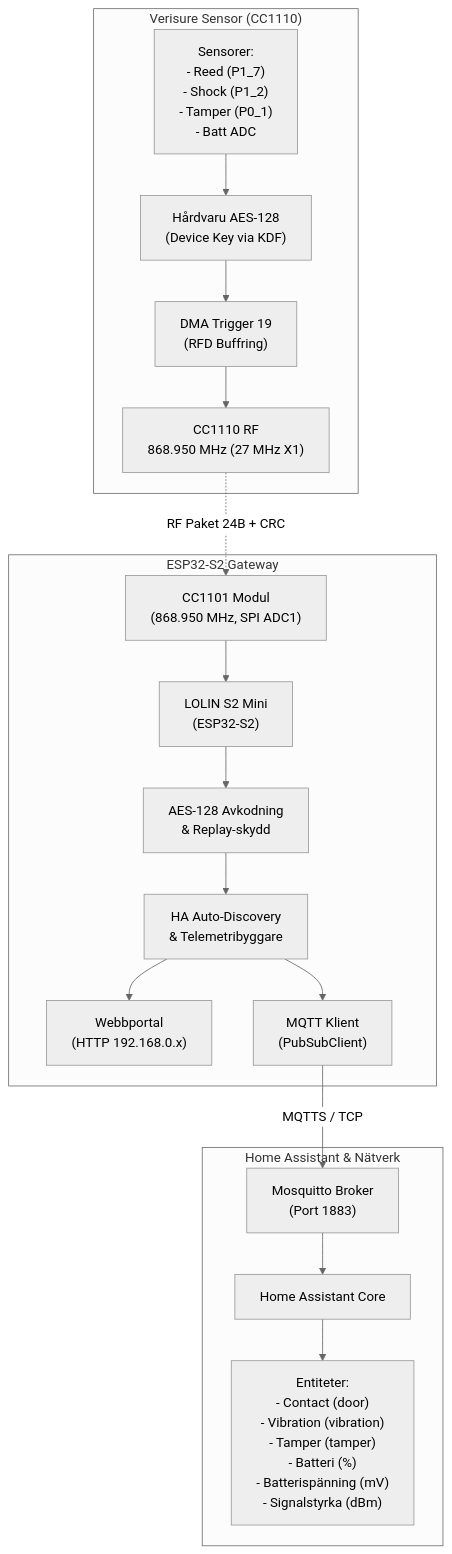
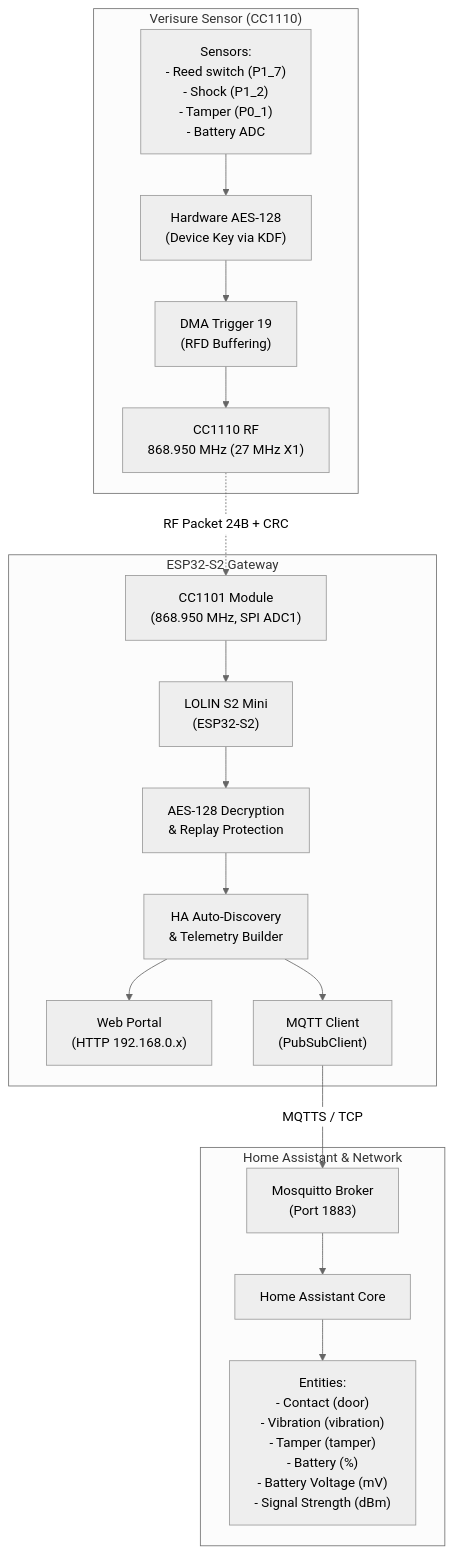
Before and after one commit to BonBear/open-verisure: the diagram in documentation/README.md, drawn with Mermaid (neutral theme). The commit also changed other lines of this file and 17 other files, not shown here.

````diff
--- a/documentation/README.md
+++ b/documentation/README.md
@@ -21,24 +21,24 @@
 ```mermaid
 flowchart TD
     subgraph SENSOR["Verisure Sensor (CC1110)"]
-        Sensors["Sensorer:\n- Reed (P1_7)\n- Shock (P1_2)\n- Tamper (P0_1)\n- Batt ADC"] --> AES["Hårdvaru AES-128\n(Device Key via KDF)"]
-        AES --> DMA["DMA Trigger 19\n(RFD Buffring)"]
+        Sensors["Sensors:\n- Reed switch (P1_7)\n- Shock (P1_2)\n- Tamper (P0_1)\n- Battery ADC"] --> AES["Hardware AES-128\n(Device Key via KDF)"]
+        AES --> DMA["DMA Trigger 19\n(RFD Buffering)"]
         DMA --> RadioTX["CC1110 RF\n868.950 MHz (27 MHz X1)"]
     end
 
     subgraph GW["ESP32-S2 Gateway"]
-        RadioRX["CC1101 Modul\n(868.950 MHz, SPI ADC1)"] --> S2MCU["LOLIN S2 Mini\n(ESP32-S2)"]
-        S2MCU --> Decrypt["AES-128 Avkodning\n& Replay-skydd"]
-        Decrypt --> Discovery["HA Auto-Discovery\n& Telemetribyggare"]
-        Discovery --> WebDash["Webbportal\n(HTTP 192.168.0.x)"]
-        Discovery --> MQTTClient["MQTT Klient\n(PubSubClient)"]
+        RadioRX["CC1101 Module\n(868.950 MHz, SPI ADC1)"] --> S2MCU["LOLIN S2 Mini\n(ESP32-S2)"]
+        S2MCU --> Decrypt["AES-128 Decryption\n& Replay Protection"]
+        Decrypt --> Discovery["HA Auto-Discovery\n& Telemetry Builder"]
+        Discovery --> WebDash["Web Portal\n(HTTP 192.168.0.x)"]
+        Discovery --> MQTTClient["MQTT Client\n(PubSubClient)"]
     end
 
-    subgraph HA["Home Assistant & Nätverk"]
+    subgraph HA["Home Assistant & Network"]
         Broker["Mosquitto Broker\n(Port 1883)"] --> HA_Core["Home Assistant Core"]
-        HA_Core --> Entities["Entiteter:\n- Contact (door)\n- Vibration (vibration)\n- Tamper (tamper)\n- Batteri (%)\n- Batterispänning (mV)\n- Signalstyrka (dBm)"]
+        HA_Core --> Entities["Entities:\n- Contact (door)\n- Vibration (vibration)\n- Tamper (tamper)\n- Battery (%)\n- Battery Voltage (mV)\n- Signal Strength (dBm)"]
     end
 
-    RadioTX -.->|RF Paket 24B + CRC| RadioRX
+    RadioTX -.->|RF Packet 24B + CRC| RadioRX
     MQTTClient -->|MQTTS / TCP| Broker
 ```
````
